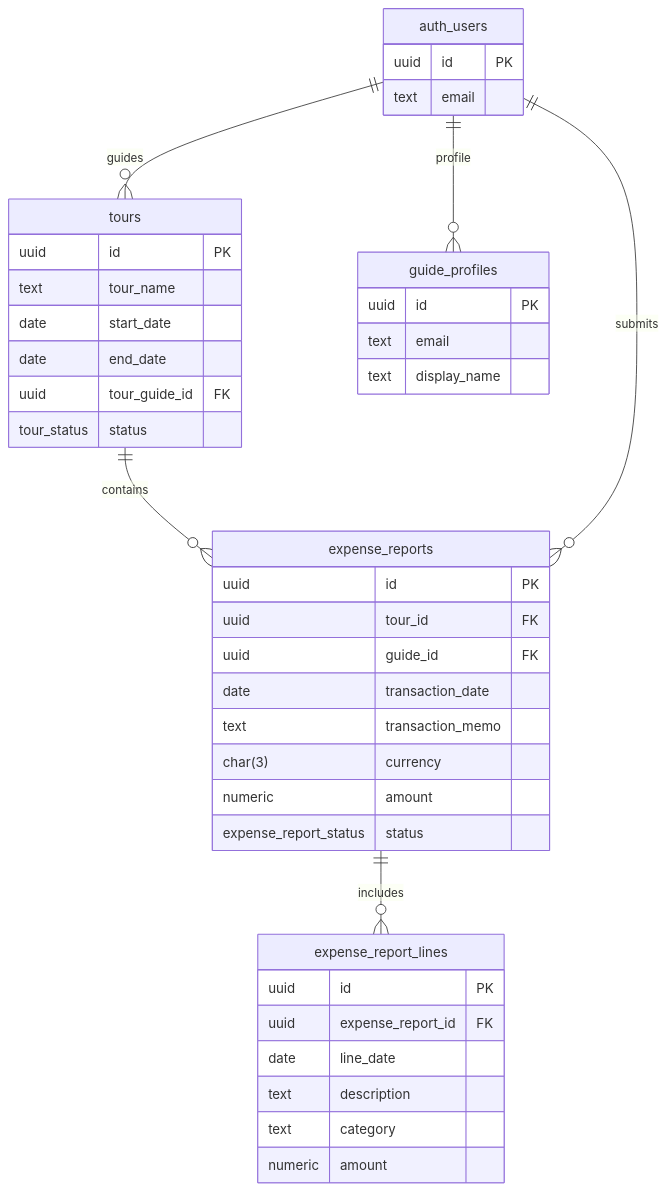
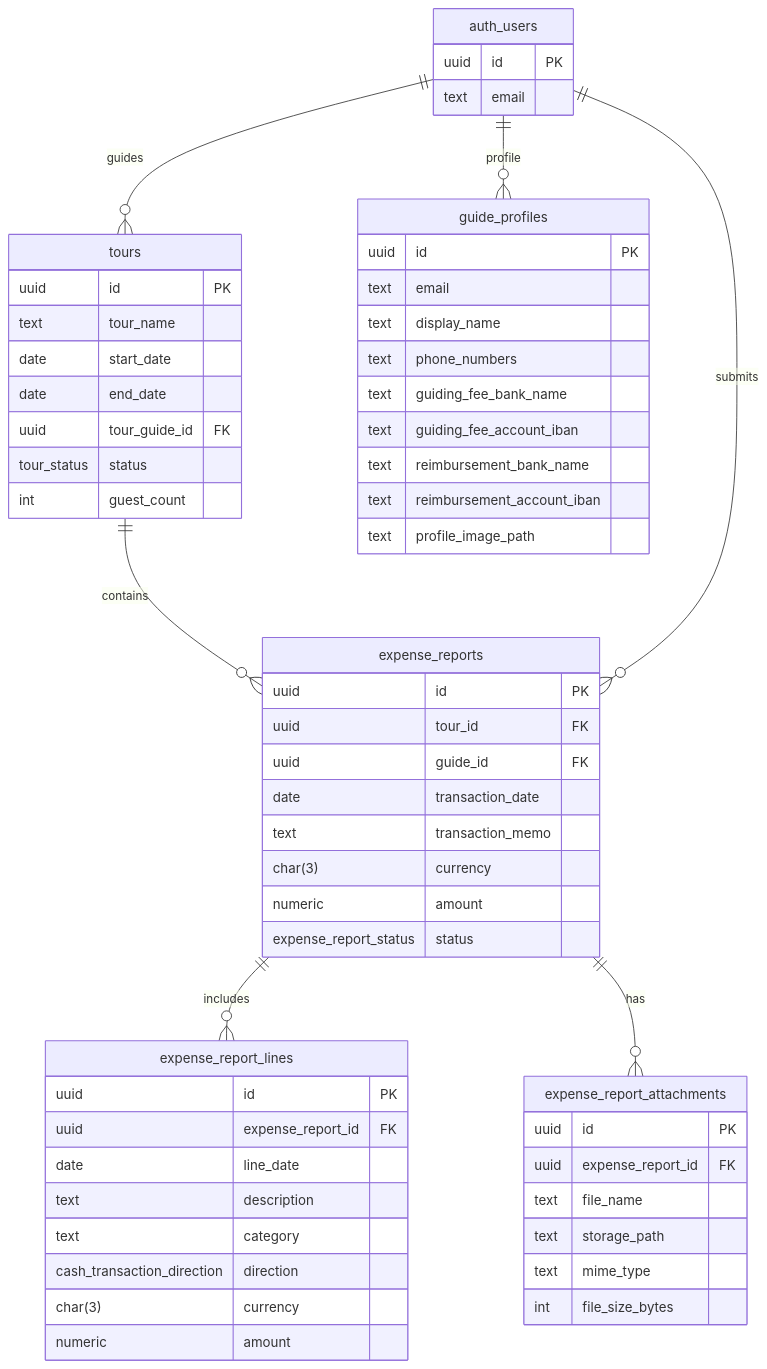
Before and after one commit to nomadvibecode/guide-cash-tracking: the diagram in docs/database-schema.md, drawn with Mermaid. The commit also changed other lines of this file and 9 other files, not shown here.

````diff
--- a/docs/database-schema.md
+++ b/docs/database-schema.md
@@ -48,48 +67,67 @@
 ```mermaid
 erDiagram
   auth_users ||--o{ tours : guides
   auth_users ||--o{ guide_profiles : profile
   tours ||--o{ expense_reports : contains
   auth_users ||--o{ expense_reports : submits
   expense_reports ||--o{ expense_report_lines : includes
+  expense_reports ||--o{ expense_report_attachments : has
 
   auth_users {
     uuid id PK
     text email
   }
 
   tours {
     uuid id PK
     text tour_name
     date start_date
     date end_date
     uuid tour_guide_id FK
     tour_status status
+    int guest_count
   }
 
   guide_profiles {
     uuid id PK
     text email
     text display_name
+    text phone_numbers
+    text guiding_fee_bank_name
+    text guiding_fee_account_iban
+    text reimbursement_bank_name
+    text reimbursement_account_iban
+    text profile_image_path
   }
 
   expense_reports {
     uuid id PK
     uuid tour_id FK
     uuid guide_id FK
     date transaction_date
     text transaction_memo
     char(3) currency
     numeric amount
     expense_report_status status
   }
 
   expense_report_lines {
     uuid id PK
     uuid expense_report_id FK
     date line_date
     text description
     text category
+    cash_transaction_direction direction
+    char(3) currency
     numeric amount
   }
+
+  expense_report_attachments {
+    uuid id PK
+    uuid expense_report_id FK
+    text file_name
+    text storage_path
+    text mime_type
+    int file_size_bytes
+  }
 ```
````
